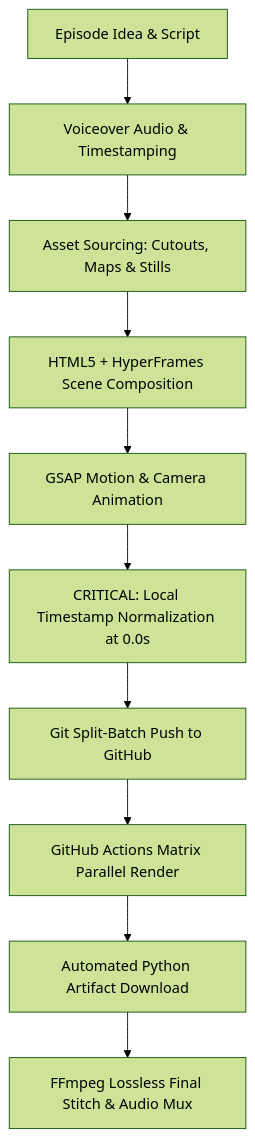
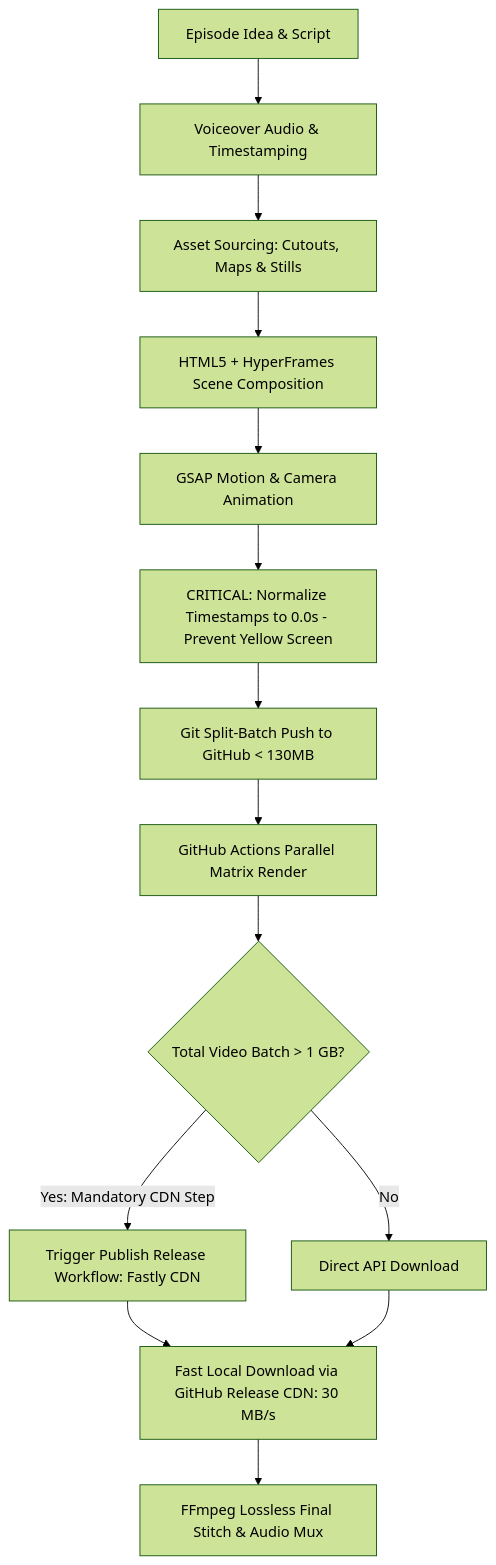
Before and after one commit to bosselon916-crypto/hyperframe-rendering: the diagram in history-vox-style-skill-guide/SKILL.md, drawn with Mermaid (forest theme). The commit also changed other lines of this file and 7 other files, not shown here.

Commit message:
Update skill with Yellow Screen root cause fix and mandatory GitHub CDN Release architecture for batches > 1 GB

````diff
--- a/history-vox-style-skill-guide/SKILL.md
+++ b/history-vox-style-skill-guide/SKILL.md
@@ -26,12 +26,16 @@
 ```mermaid
 graph TD
     A[Episode Idea & Script] --> B[Voiceover Audio & Timestamping]
     B --> C[Asset Sourcing: Cutouts, Maps & Stills]
     C --> D[HTML5 + HyperFrames Scene Composition]
     D --> E[GSAP Motion & Camera Animation]
-    E --> F[CRITICAL: Local Timestamp Normalization at 0.0s]
-    F --> G[Git Split-Batch Push to GitHub]
-    G --> H[GitHub Actions Matrix Parallel Render]
-    H --> I[Automated Python Artifact Download]
-    I --> J[FFmpeg Lossless Final Stitch & Audio Mux]
+    E --> F[CRITICAL: Normalize Timestamps to 0.0s - Prevent Yellow Screen]
+    F --> G[Git Split-Batch Push to GitHub < 130MB]
+    G --> H[GitHub Actions Parallel Matrix Render]
+    H --> I{Total Video Batch > 1 GB?}
+    I -- Yes: Mandatory CDN Step --> J[Trigger Publish Release Workflow: Fastly CDN]
+    I -- No --> K[Direct API Download]
+    J --> L[Fast Local Download via GitHub Release CDN: 30 MB/s]
+    K --> L
+    L --> M[FFmpeg Lossless Final Stitch & Audio Mux]
 ```
````
